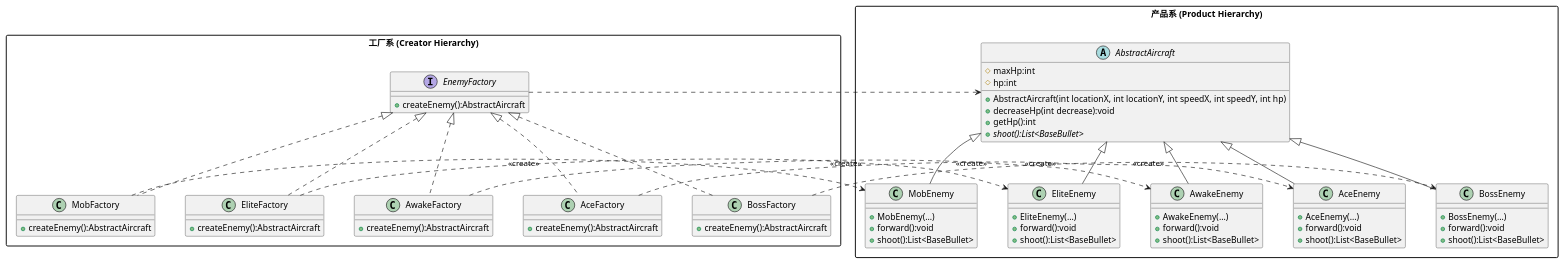
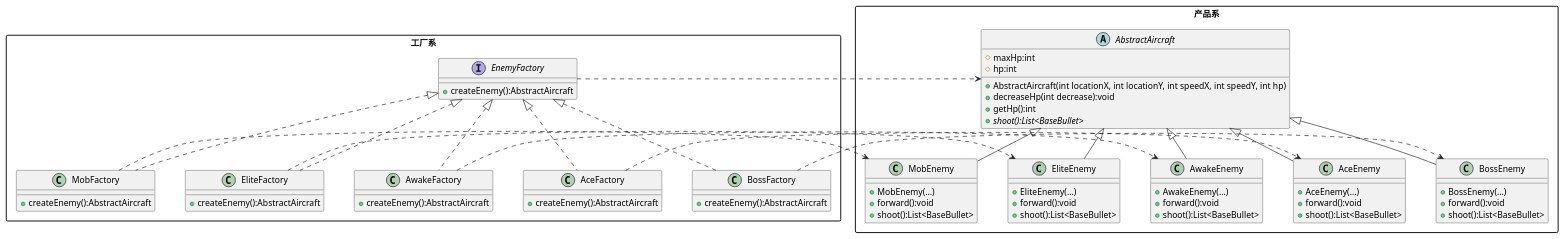
The diagram in uml/EnemyFactory.puml (Kerenza-311652/Aircraft-Battle-Java), drawn with PlantUML before and after one commit. The commit also changed 40 other files, not shown here.

```diff
--- a/uml/EnemyFactory.puml
+++ b/uml/EnemyFactory.puml
@@ -1,96 +1,96 @@
 @startuml
 'https://plantuml.com/class-diagram
 
 skinparam packageStyle rectangle
 skinparam nodesep 50
 skinparam ranksep 50
 
-package "产品系 (Product Hierarchy)" {
+package "产品系" {
     abstract class AbstractAircraft {
         # maxHp:int
         # hp:int
         + AbstractAircraft(int locationX, int locationY, int speedX, int speedY, int hp)
         + decreaseHp(int decrease):void
         + getHp():int
         + {abstract} shoot():List<BaseBullet>
     }
 
     class MobEnemy {
         + MobEnemy(...)
         + forward():void
         + shoot():List<BaseBullet>
     }
 
     class EliteEnemy {
         + EliteEnemy(...)
         + forward():void
         + shoot():List<BaseBullet>
     }
 
     class AwakeEnemy {
         + AwakeEnemy(...)
         + forward():void
         + shoot():List<BaseBullet>
     }
 
     class AceEnemy {
         + AceEnemy(...)
         + forward():void
         + shoot():List<BaseBullet>
     }
 
     class BossEnemy {
         + BossEnemy(...)
         + forward():void
         + shoot():List<BaseBullet>
     }
 
     AbstractAircraft <|-- MobEnemy
     AbstractAircraft <|-- EliteEnemy
     AbstractAircraft <|-- AwakeEnemy
     AbstractAircraft <|-- AceEnemy
     AbstractAircraft <|-- BossEnemy
 }
 
-package "工厂系 (Creator Hierarchy)" {
+package "工厂系" {
     interface EnemyFactory {
         + createEnemy():AbstractAircraft
     }
 
     class MobFactory {
         + createEnemy():AbstractAircraft
     }
 
     class EliteFactory {
         + createEnemy():AbstractAircraft
     }
 
     class AwakeFactory {
         + createEnemy():AbstractAircraft
     }
 
     class AceFactory {
         + createEnemy():AbstractAircraft
     }
 
     class BossFactory {
         + createEnemy():AbstractAircraft
     }
 
     EnemyFactory <|.. MobFactory
     EnemyFactory <|.. EliteFactory
     EnemyFactory <|.. AwakeFactory
     EnemyFactory <|.. AceFactory
     EnemyFactory <|.. BossFactory
 }
 
 EnemyFactory .right.> AbstractAircraft
 
-MobFactory .right.> MobEnemy : <<create>>
-EliteFactory .right.> EliteEnemy : <<create>>
-AwakeFactory .right.> AwakeEnemy : <<create>>
-AceFactory .right.> AceEnemy : <<create>>
-BossFactory .right.> BossEnemy : <<create>>
+MobFactory .right.> MobEnemy
+EliteFactory .right.> EliteEnemy
+AwakeFactory .right.> AwakeEnemy
+AceFactory .right.> AceEnemy
+BossFactory .right.> BossEnemy
 
 
 @enduml
```
